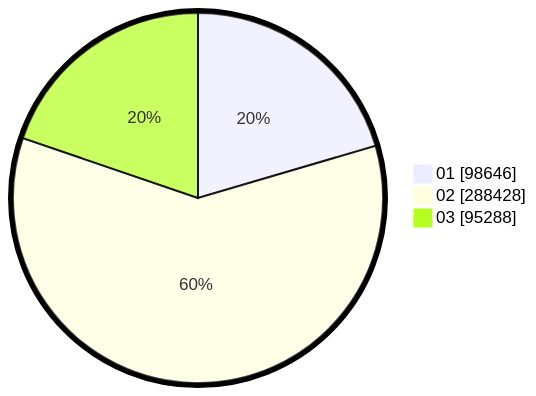
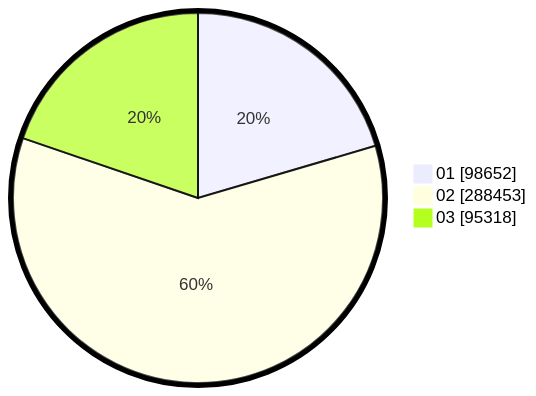
The second of 2 diagrams in pilpres/hitung-suara/sub/table-wilayah-99.md (gigit-pemilu/pemilu-2024), drawn with Mermaid before and after one commit. The commit also changed other lines of this file and 5 other files, not shown here.

````diff
--- a/pilpres/hitung-suara/sub/table-wilayah-99.md
+++ b/pilpres/hitung-suara/sub/table-wilayah-99.md
@@ -15,7 +15,7 @@
 ```mermaid
 %%{init: {"pie": {"textPosition": 0.5}, "themeVariables": {"pieOuterStrokeWidth": "5px"}} }%%
 pie showData
-    "01" : 98646
-    "02" : 288428
-    "03" : 95288
+    "01" : 98652
+    "02" : 288453
+    "03" : 95318
 ```
````
